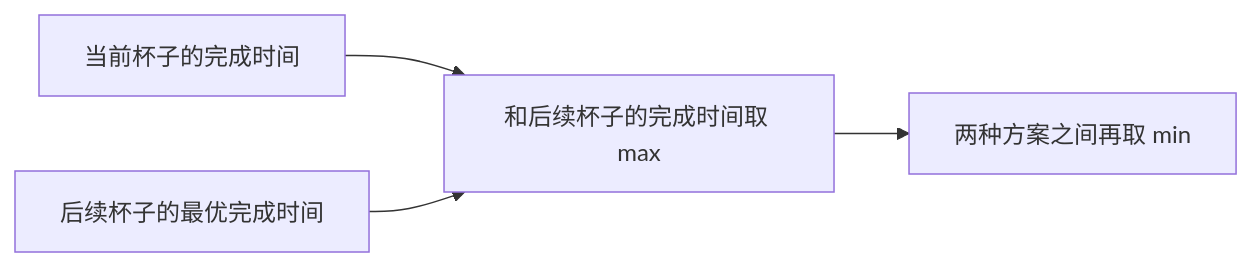
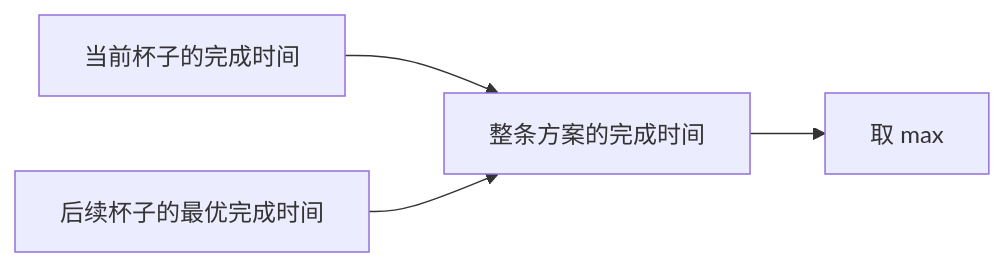
The third of 3 diagrams in my-notes/01-基础巩固/13-暴力递归到动态规划2-尝试模型/15-尝试模型4-寻找业务限制-咖啡杯清洗问题.md (freeedoooooo/algs), drawn with Mermaid before and after one commit. The commit also changed other lines of this file and 3 other files, not shown here.

````diff
--- a/my-notes/01-基础巩固/13-暴力递归到动态规划2-尝试模型/15-尝试模型4-寻找业务限制-咖啡杯清洗问题.md
+++ b/my-notes/01-基础巩固/13-暴力递归到动态规划2-尝试模型/15-尝试模型4-寻找业务限制-咖啡杯清洗问题.md
@@ -97,6 +72,6 @@
 ```mermaid
 graph LR
-    A["当前杯子的完成时间"] --> C["和后续杯子的完成时间取 max"]
+    A["当前杯子的完成时间"] --> C["整条方案的完成时间"]
     B["后续杯子的最优完成时间"] --> C
-    C --> D["两种方案之间再取 min"]
+    C --> D["取 max"]
 ```
````
